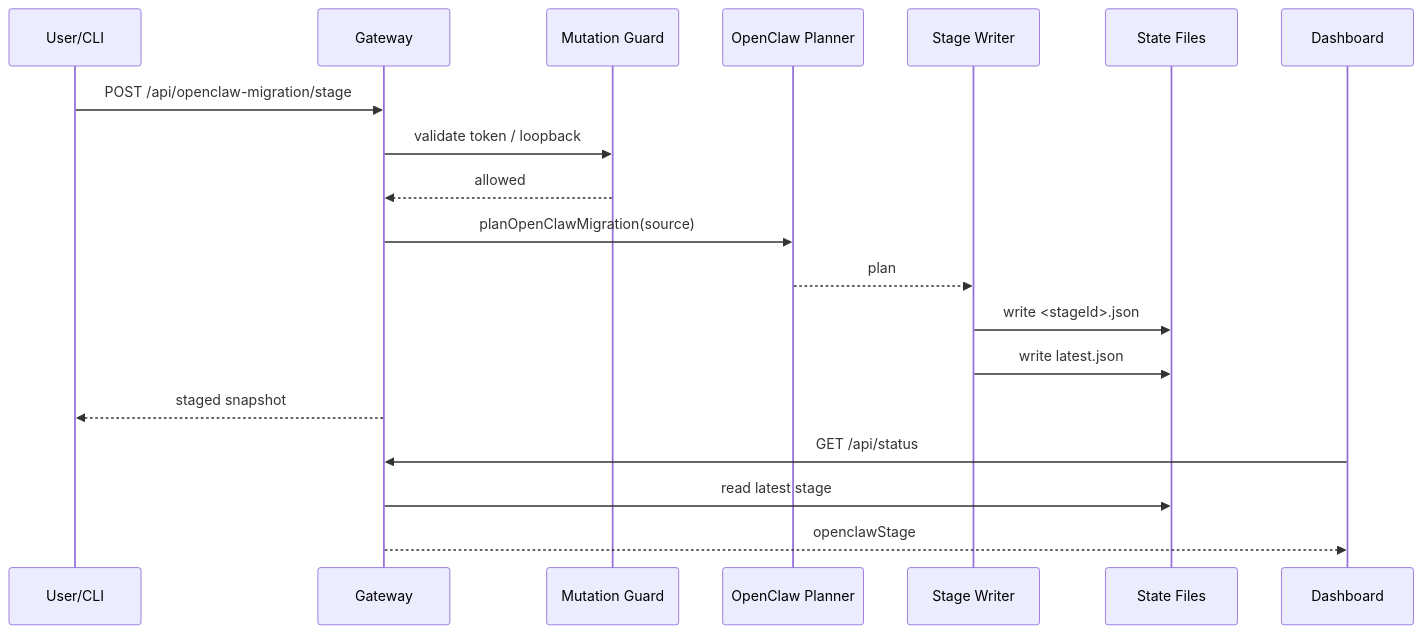
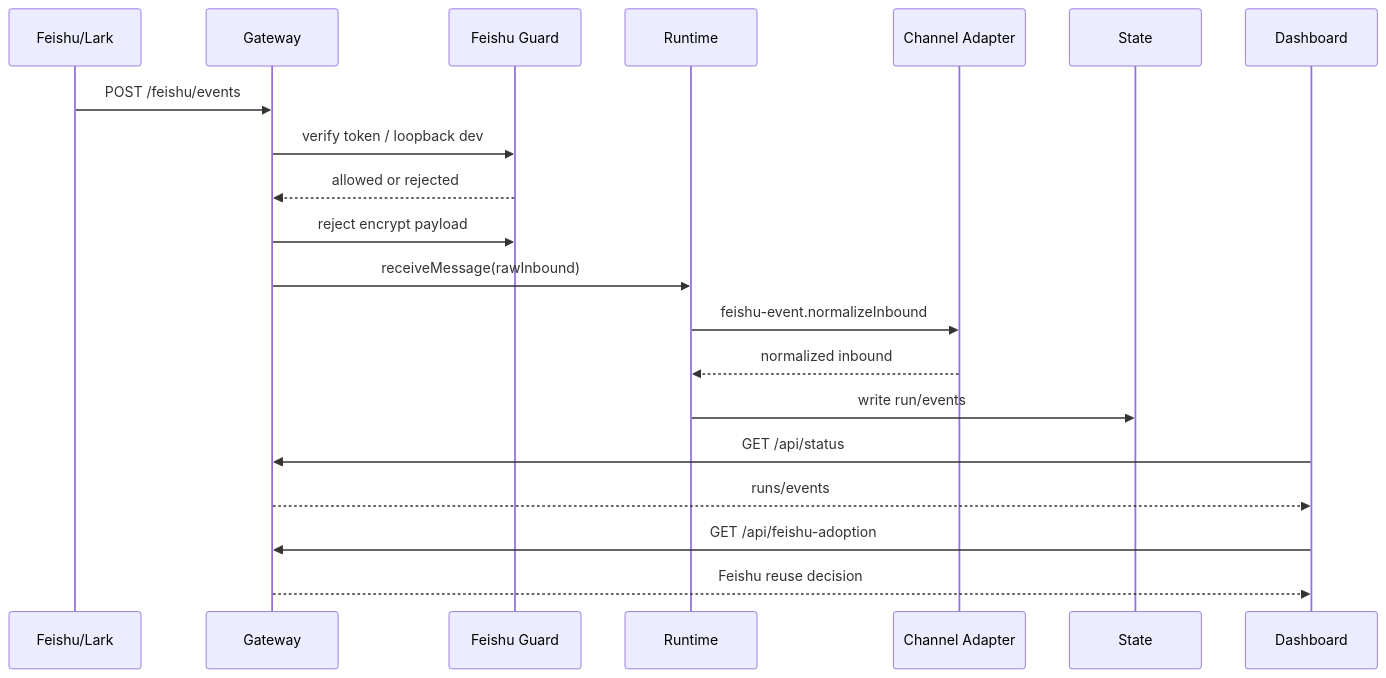
One commit to mayf3/myclaw changed the fourth of 8 diagrams in docs/implementation-architecture.md. Above: the diagram before and after it, drawn with Mermaid. The commit also changed other lines of this file and 22 other files, not shown here.

````diff
--- a/docs/implementation-architecture.md
+++ b/docs/implementation-architecture.md
@@ -135,22 +151,23 @@
 ```mermaid
 sequenceDiagram
-  participant U as User/CLI
+  participant F as Feishu/Lark
   participant G as Gateway
-  participant A as Mutation Guard
-  participant P as OpenClaw Planner
-  participant S as Stage Writer
-  participant FS as State Files
+  participant A as Feishu Guard
+  participant R as Runtime
+  participant C as Channel Adapter
+  participant S as State
   participant D as Dashboard
 
-  U->>G: POST /api/openclaw-migration/stage
-  G->>A: validate token / loopback
-  A-->>G: allowed
-  G->>P: planOpenClawMigration(source)
-  P-->>S: plan
-  S->>FS: write <stageId>.json
-  S->>FS: write latest.json
-  G-->>U: staged snapshot
+  F->>G: POST /feishu/events
+  G->>A: verify token / loopback dev
+  A-->>G: allowed or rejected
+  G->>A: reject encrypt payload
+  G->>R: receiveMessage(rawInbound)
+  R->>C: feishu-event.normalizeInbound
+  C-->>R: normalized inbound
+  R->>S: write run/events
   D->>G: GET /api/status
-  G->>FS: read latest stage
-  G-->>D: openclawStage
+  G-->>D: runs/events
+  D->>G: GET /api/feishu-adoption
+  G-->>D: Feishu reuse decision
 ```
````
